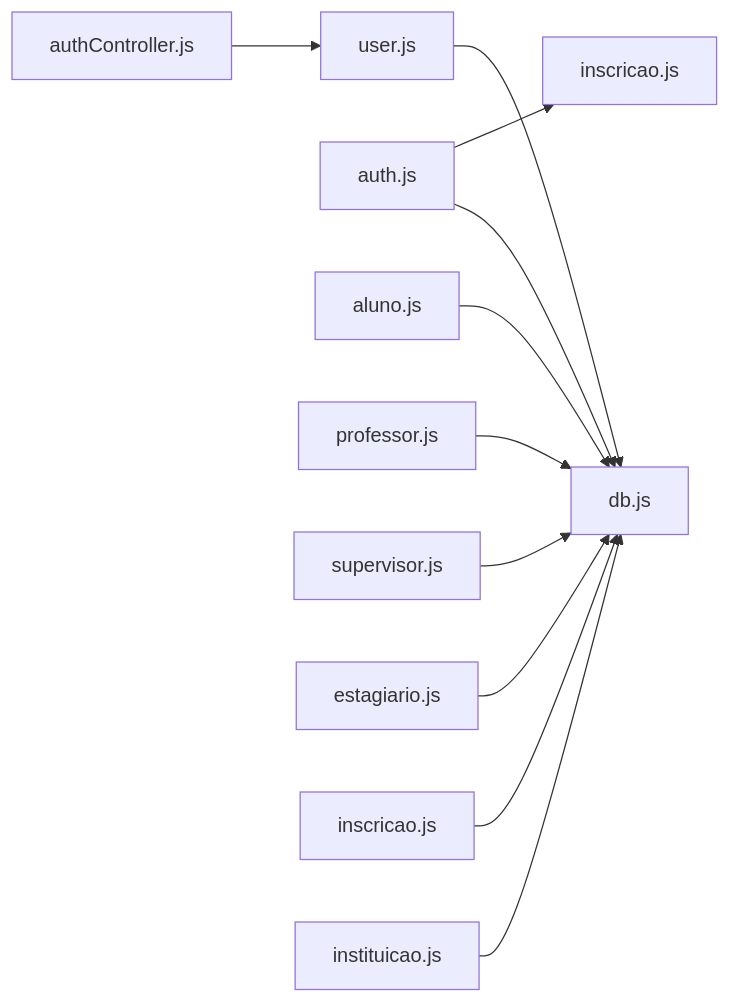
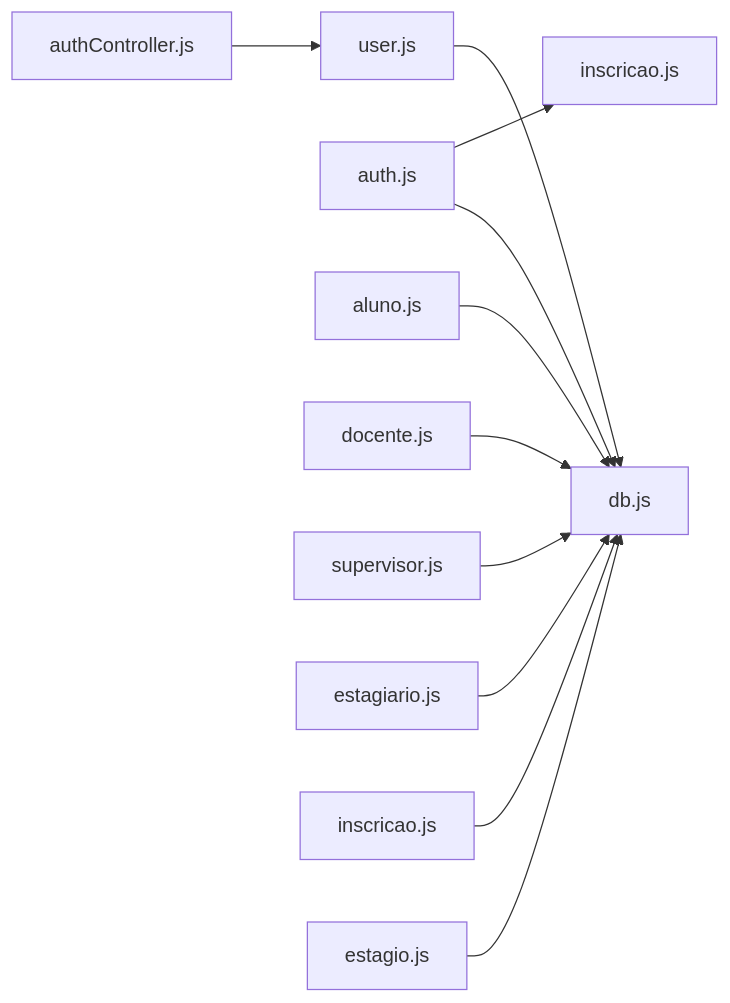
The eighth of 8 diagrams in .qoder/repowiki/en/content/Data Models & Database Design/Core Data Models.md (luiseduacosta/nodemural), drawn with Mermaid before and after one commit. The commit also changed other lines of this file and 27 other files, not shown here.

````diff
--- a/.qoder/repowiki/en/content/Data Models & Database Design/Core Data Models.md
+++ b/.qoder/repowiki/en/content/Data Models & Database Design/Core Data Models.md
@@ -500,13 +500,13 @@
 ```mermaid
 graph LR
 AC["authController.js"] --> UM["user.js"]
 UM --> DB["db.js"]
 AM["auth.js"] --> DB
 AM --> IC["inscricao.js"]
 AL["aluno.js"] --> DB
-DT["professor.js"] --> DB
+DT["docente.js"] --> DB
 SP["supervisor.js"] --> DB
 ES["estagiario.js"] --> DB
 IN["inscricao.js"] --> DB
-EG["instituicao.js"] --> DB
+EG["estagio.js"] --> DB
 ```
````
